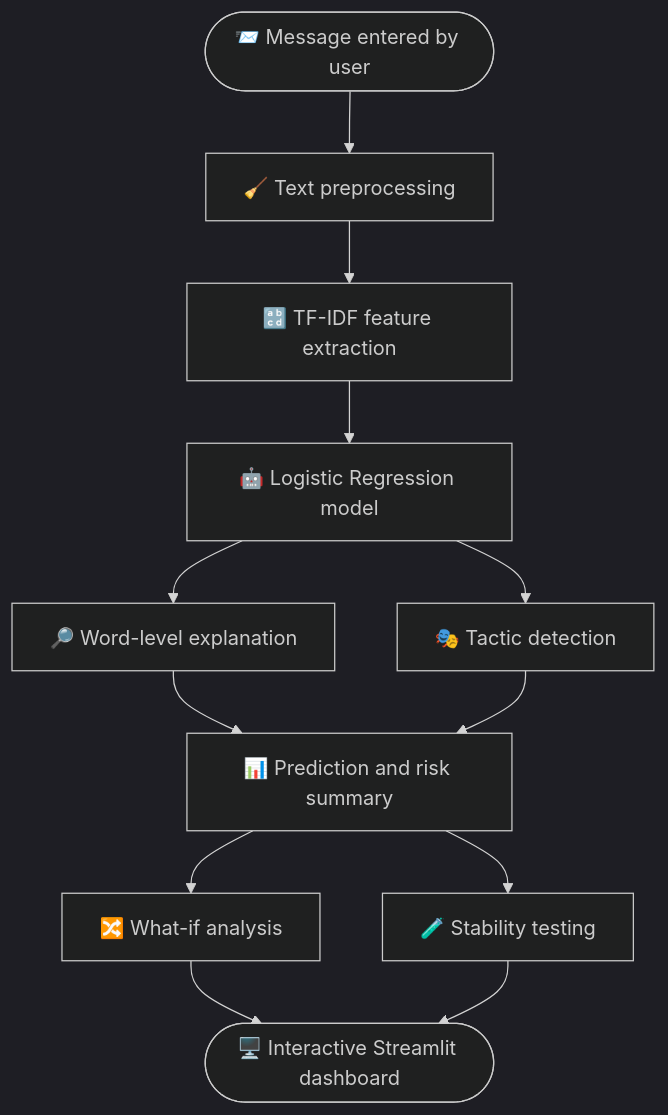
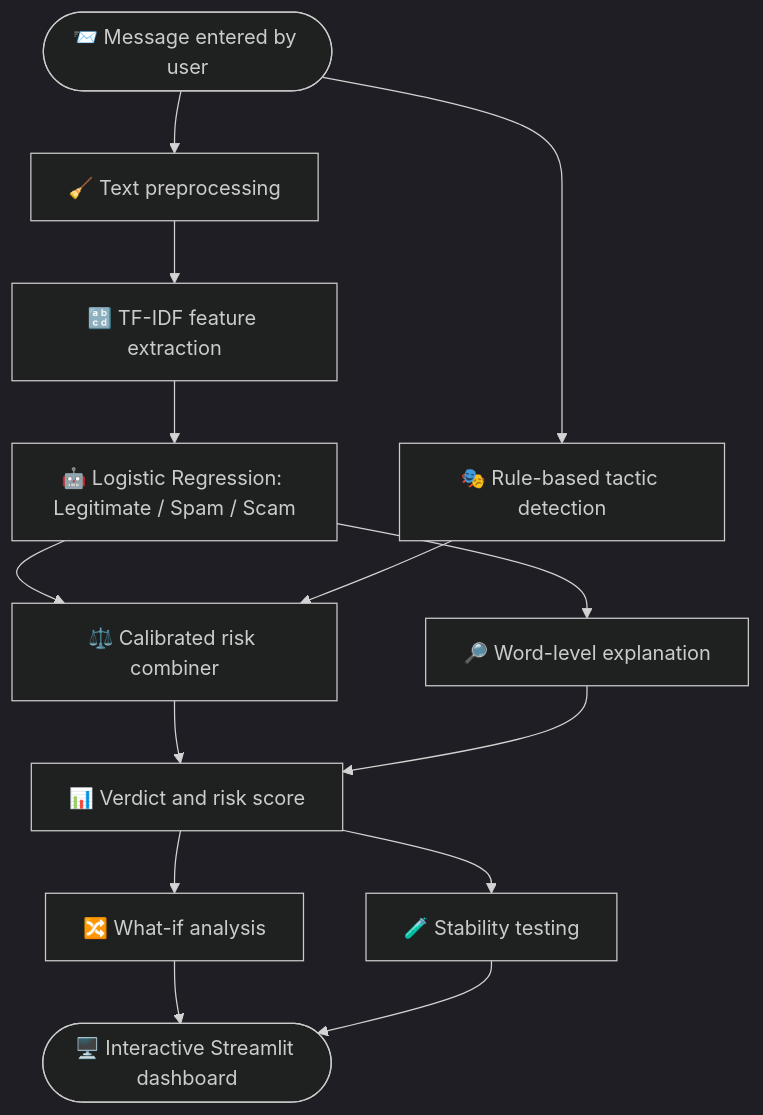
Before and after one commit to NethmiPamosha/ScamLens: the diagram in README.md, drawn with Mermaid (dark theme). The commit also changed other lines of this file, not shown here.

````diff
--- a/README.md
+++ b/README.md
@@ -106,14 +111,16 @@
 ```mermaid
 flowchart TD
     A([📨 Message entered by user]) --> B[🧹 Text preprocessing]
     B --> C[🔡 TF-IDF feature extraction]
-    C --> D[🤖 Logistic Regression model]
+    C --> D[🤖 Logistic Regression: Legitimate / Spam / Scam]
+    A --> F[🎭 Rule-based tactic detection]
+    D --> K[⚖️ Calibrated risk combiner]
+    F --> K
     D --> E[🔎 Word-level explanation]
-    D --> F[🎭 Tactic detection]
-    E --> G[📊 Prediction and risk summary]
-    F --> G
+    K --> G[📊 Verdict and risk score]
+    E --> G
     G --> H[🔀 What-if analysis]
     G --> I[🧪 Stability testing]
     H --> J([🖥️ Interactive Streamlit dashboard])
     I --> J
 ```
````
